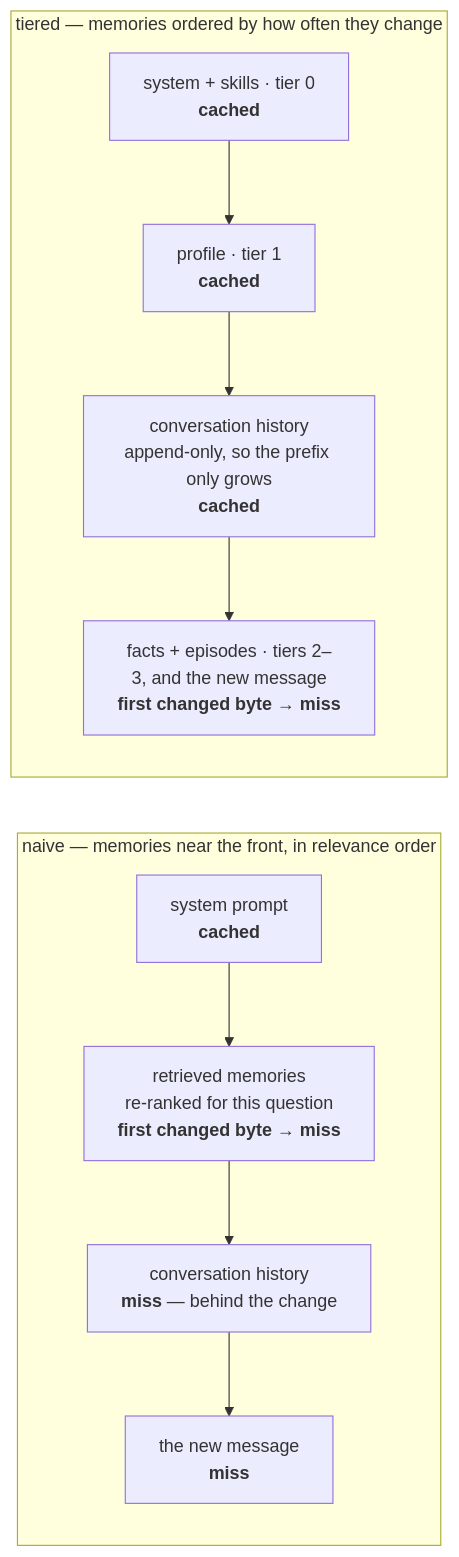
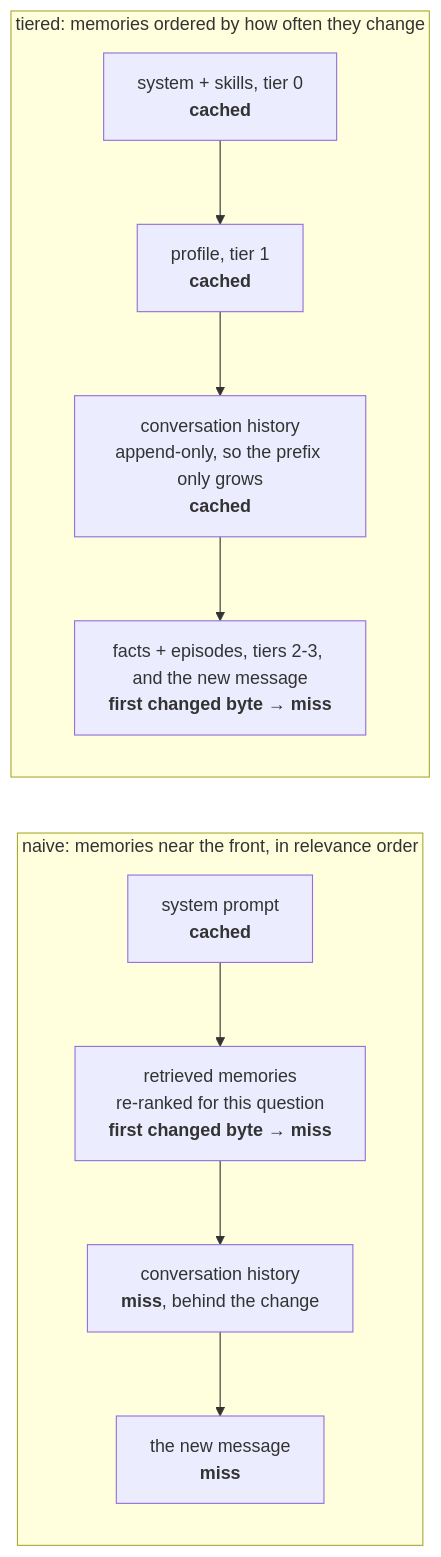
The diagram in README.md (Ranj04/Ledge), drawn with Mermaid before and after one commit. The commit also changed other lines of this file, not shown here.

````diff
--- a/README.md
+++ b/README.md
@@ -20,19 +20,19 @@
 ```mermaid
 flowchart LR
-    subgraph naive["naive — memories near the front, in relevance order"]
+    subgraph naive["naive: memories near the front, in relevance order"]
         direction TB
         n1["system prompt<br/><b>cached</b>"]
         n2["retrieved memories<br/>re-ranked for this question<br/><b>first changed byte → miss</b>"]
-        n3["conversation history<br/><b>miss</b> — behind the change"]
+        n3["conversation history<br/><b>miss</b>, behind the change"]
         n4["the new message<br/><b>miss</b>"]
         n1 --> n2 --> n3 --> n4
     end
-    subgraph tiered["tiered — memories ordered by how often they change"]
+    subgraph tiered["tiered: memories ordered by how often they change"]
         direction TB
-        t1["system + skills · tier 0<br/><b>cached</b>"]
-        t2["profile · tier 1<br/><b>cached</b>"]
+        t1["system + skills, tier 0<br/><b>cached</b>"]
+        t2["profile, tier 1<br/><b>cached</b>"]
         t3["conversation history<br/>append-only, so the prefix only grows<br/><b>cached</b>"]
-        t4["facts + episodes · tiers 2–3, and the new message<br/><b>first changed byte → miss</b>"]
+        t4["facts + episodes, tiers 2-3, and the new message<br/><b>first changed byte → miss</b>"]
         t1 --> t2 --> t3 --> t4
     end
 ```
````
